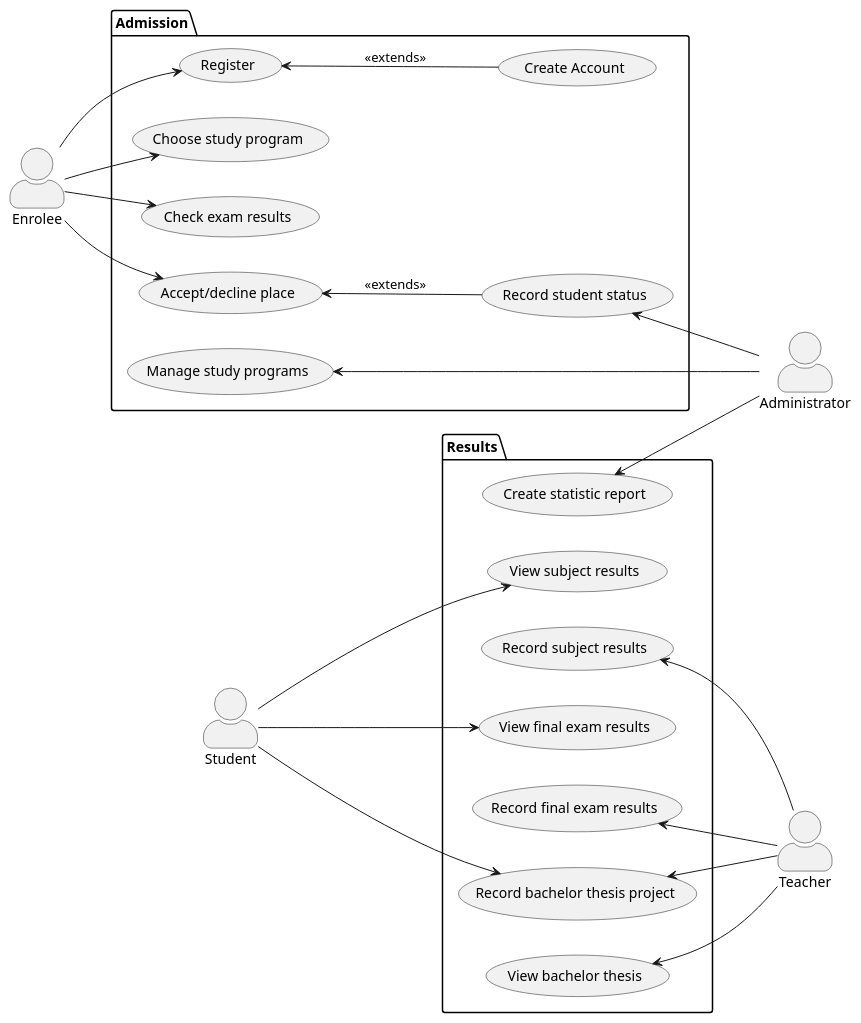
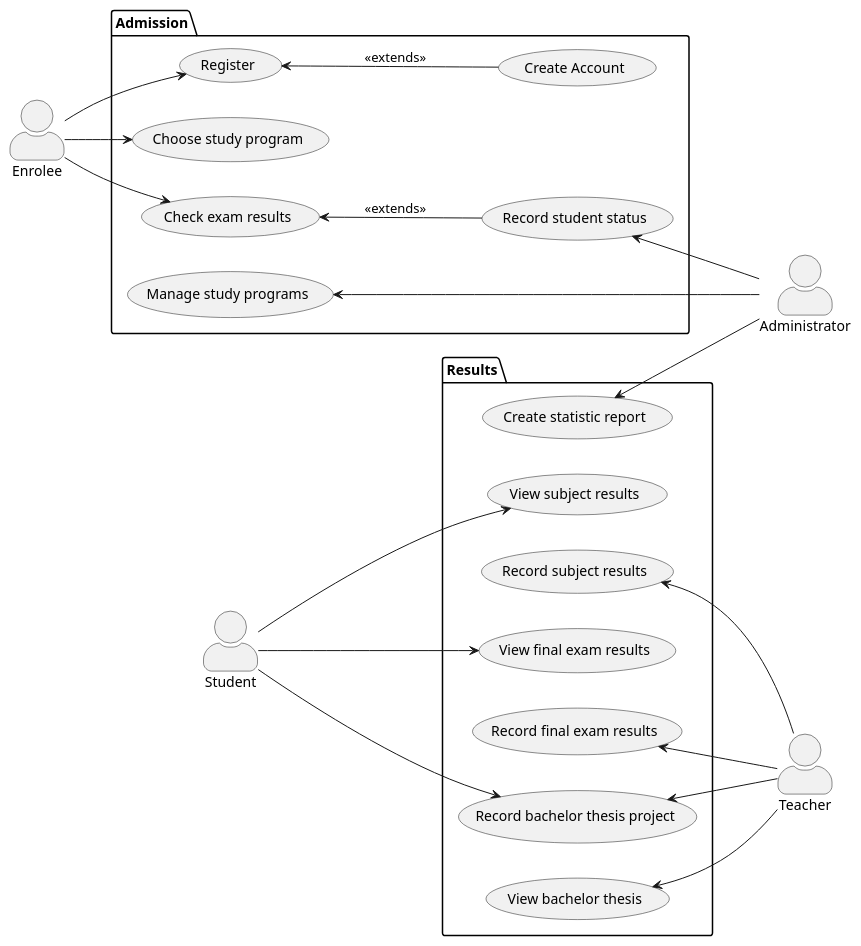
Before and after one commit to 915-Muscalagiu-AncaIoana/NSWI041: the diagram in seminar-work-template.md, drawn with PlantUML. The commit also changed other lines of this file and 1 other file, not shown here.

````diff
--- a/seminar-work-template.md
+++ b/seminar-work-template.md
@@ -49,51 +49,49 @@
 ```plantuml
 @startuml
 left to right direction
 
 skinparam actorStyle awesome
 actor Enrolee as e
 actor Administrator as a
 actor Student as s
 actor Teacher as t
 
 
 package Admission {
   usecase "Register" as UC1
   usecase "Create Account" as UC2
   usecase "Choose study program" as UC3
   usecase "Manage study programs" as UC4
-  usecase "Check exam results" as UC5
   usecase "Record student status" as UC6
-  usecase "Accept/decline place" as UC7
+  usecase "Check exam results" as UC7
 }
 
 e --> UC1
 UC1 <-- UC2 : << extends >>
 e --> UC3
 UC4 <-- a
-e --> UC5
 UC6 <-- a 
 UC7 <-- UC6 : << extends >> 
 e --> UC7
 
 package Results {
   usecase "Create statistic report" as UC14
   usecase "View subject results" as UC8
   usecase "Record subject results" as UC9
   usecase "View final exam results" as UC10
   usecase "Record final exam results" as UC11
   usecase "Record bachelor thesis project" as UC12
   usecase "View bachelor thesis" as UC13
 }
 
 UC14 <-- a
 UC9 <-- t
 s --> UC8
 UC11 <-- t
 s --> UC10
 s --> UC12
 UC12 <-- t
 UC13 <-- t
 
 @enduml
 ```
````
